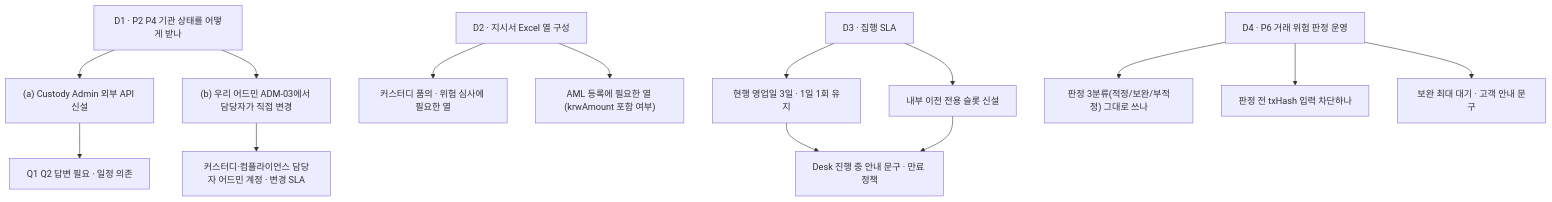
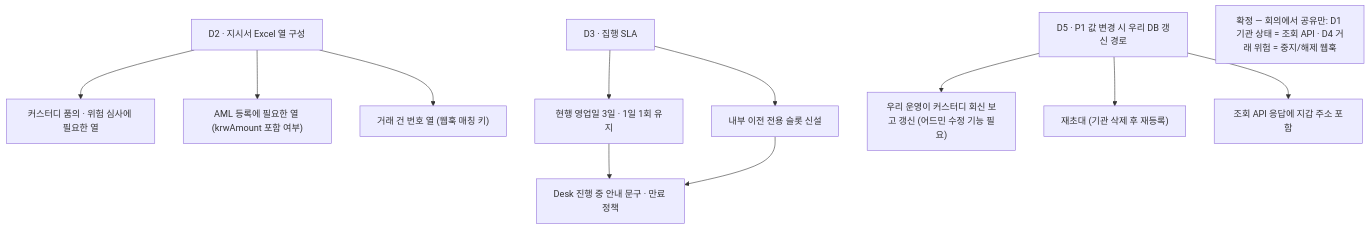
Before and after one commit to dsrvlabs/dsrv-desk: the eighth of 8 diagrams in drafts/36_플랫폼_커스터디_연동_범위_설명자료.md, drawn with Mermaid. The commit also changed other lines of this file and 4 other files, not shown here.

First line of the commit message:
커스터디 연동 최종(09 §0 (22)·(23))에 문서 정합 — drafts/36 v5(P2 조회 API · P6 거래 건 상태 변경 웹훅 · 6종 코드 · D1·D4 종결 · D5 신설 · §3-4 재작성 · Q12~Q15) · 09 §0 본문 불릿 재기술 · drafts/33 v2.2 · drafts/35 헤더 · notation

````diff
--- a/drafts/36_플랫폼_커스터디_연동_범위_설명자료.md
+++ b/drafts/36_플랫폼_커스터디_연동_범위_설명자료.md
@@ -400,15 +411,12 @@
 ```mermaid
 flowchart TD
-  D1["D1 · P2 P4 기관 상태를 어떻게 받나"]
-  D1 --> D1a["(a) Custody Admin 외부 API 신설"] & D1b["(b) 우리 어드민 ADM-03에서 담당자가 직접 변경"]
-  D1a --> E1["Q1 Q2 답변 필요 · 일정 의존"]
-  D1b --> E1b["커스터디·컴플라이언스 담당자 어드민 계정 · 변경 SLA"]
   D2["D2 · 지시서 Excel 열 구성"]
-  D2 --> D2a["커스터디 품의 · 위험 심사에 필요한 열"] & D2b["AML 등록에 필요한 열 (krwAmount 포함 여부)"]
+  D2 --> D2a["커스터디 품의 · 위험 심사에 필요한 열"] & D2b["AML 등록에 필요한 열 (krwAmount 포함 여부)"] & D2c["거래 건 번호 열 (웹훅 매칭 키)"]
   D3["D3 · 집행 SLA"]
   D3 --> D3a["현행 영업일 3일 · 1일 1회 유지"] & D3b["내부 이전 전용 슬롯 신설"]
   D3a --> E3["Desk 진행 중 안내 문구 · 만료 정책"]
   D3b --> E3
-  D4["D4 · P6 거래 위험 판정 운영"]
-  D4 --> D4a["판정 3분류(적정/보완/부적정) 그대로 쓰나"] & D4b["판정 전 txHash 입력 차단하나"] & D4c["보완 최대 대기 · 고객 안내 문구"]
+  D5["D5 · P1 값 변경 시 우리 DB 갱신 경로"]
+  D5 --> D5a["우리 운영이 커스터디 회신 보고 갱신 (어드민 수정 기능 필요)"] & D5b["재초대 (기관 삭제 후 재등록)"] & D5c["조회 API 응답에 지갑 주소 포함"]
+  X["확정 — 회의에서 공유만: D1 기관 상태 = 조회 API · D4 거래 위험 = 중지/해제 웹훅"]
 ```
````
